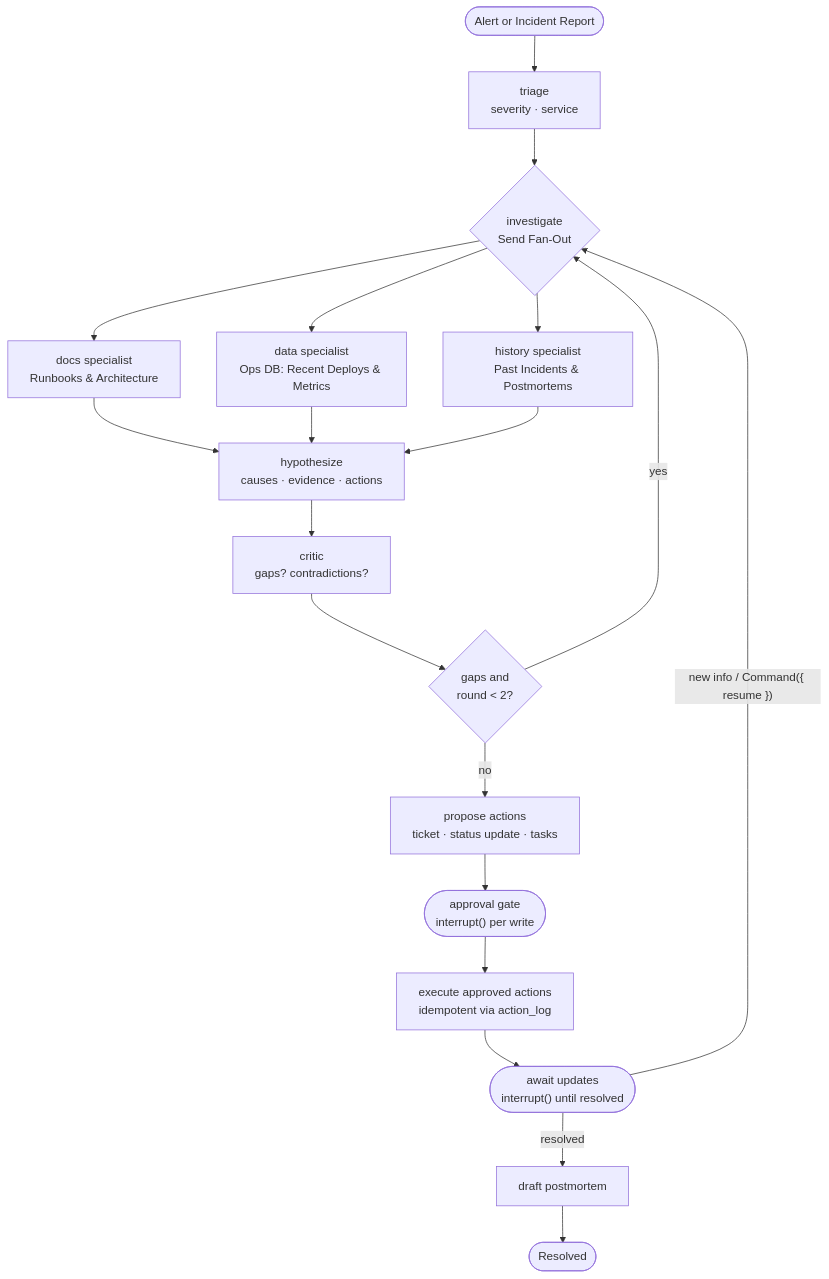
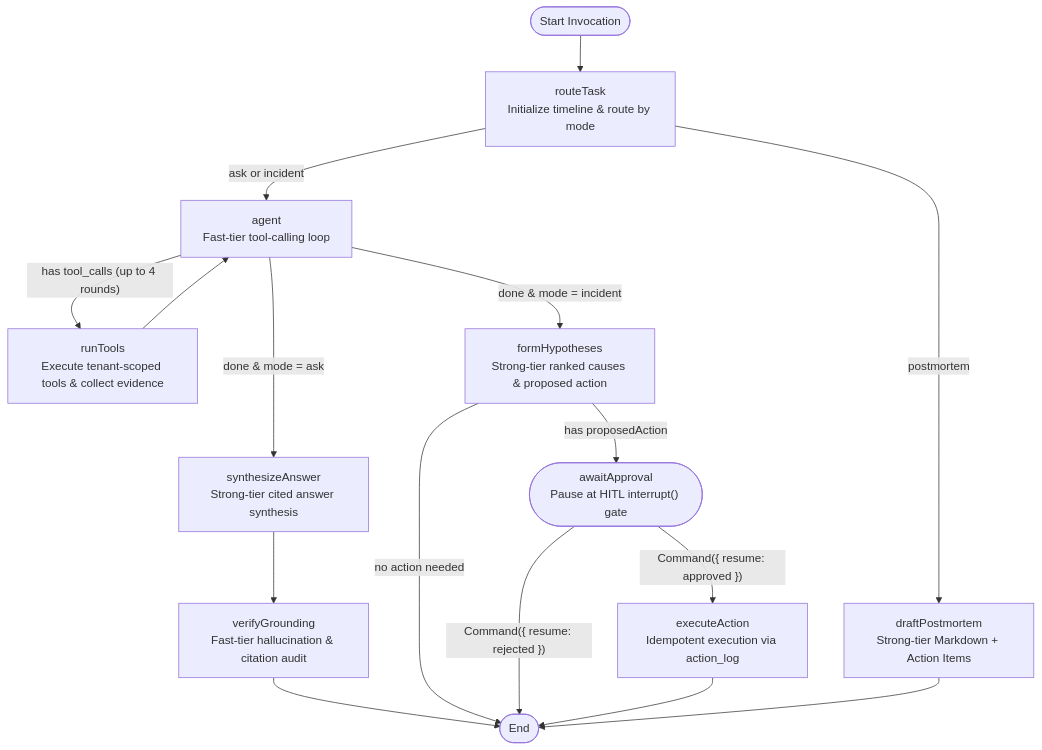
Before and after one commit to imramkrishna/Vigil: the second of 2 diagrams in README.md, drawn with Mermaid. The commit also changed other lines of this file and 2 other files, not shown here.

````diff
--- a/README.md
+++ b/README.md
@@ -93,27 +55,18 @@
 ```mermaid
-graph TD
-    Start(["Alert or Incident Report"]) --> Triage["triage<br/>severity · service"]
-    Triage --> Investigate{"investigate<br/>Send Fan-Out"}
-    
-    Investigate --> DocsSpec["docs specialist<br/>Runbooks & Architecture"]
-    Investigate --> DataSpec["data specialist<br/>Ops DB: Recent Deploys & Metrics"]
-    Investigate --> HistSpec["history specialist<br/>Past Incidents & Postmortems"]
-    
-    DocsSpec --> Hypothesize["hypothesize<br/>causes · evidence · actions"]
-    DataSpec --> Hypothesize
-    HistSpec --> Hypothesize
-    
-    Hypothesize --> Critic["critic<br/>gaps? contradictions?"]
-    Critic --> CheckLoop{"gaps and<br/>round < 2?"}
-    
-    CheckLoop -- "yes" --> Investigate
-    CheckLoop -- "no" --> Propose["propose actions<br/>ticket · status update · tasks"]
-    
-    Propose --> ApprovalGate(["approval gate<br/>interrupt() per write"])
-    ApprovalGate --> ExecActions["execute approved actions<br/>idempotent via action_log"]
-    
-    ExecActions --> AwaitUpdates(["await updates<br/>interrupt() until resolved"])
-    AwaitUpdates -- "new info / Command({ resume })" --> Investigate
-    AwaitUpdates -- "resolved" --> DraftPM["draft postmortem"]
-    DraftPM --> EndNode(["Resolved"])
+flowchart TD
+    Start(["Start Invocation"]) --> Route["routeTask<br/>Initialize timeline & route by mode"]
+    Route -- "ask or incident" --> Agent["agent<br/>Fast-tier tool-calling loop"]
+    Route -- "postmortem" --> Postmortem["draftPostmortem<br/>Strong-tier Markdown + Action Items"]
+    Agent -- "has tool_calls (up to 4 rounds)" --> Tools["runTools<br/>Execute tenant-scoped tools & collect evidence"]
+    Tools --> Agent
+    Agent -- "done & mode = ask" --> Synthesize["synthesizeAnswer<br/>Strong-tier cited answer synthesis"]
+    Synthesize --> Verify["verifyGrounding<br/>Fast-tier hallucination & citation audit"]
+    Verify --> EndNode(["End"])
+    Agent -- "done & mode = incident" --> Hypotheses["formHypotheses<br/>Strong-tier ranked causes & proposed action"]
+    Hypotheses -- "has proposedAction" --> Approval(["awaitApproval<br/>Pause at HITL interrupt() gate"])
+    Hypotheses -- "no action needed" --> EndNode
+    Approval -- "Command({ resume: approved })" --> Execute["executeAction<br/>Idempotent execution via action_log"]
+    Approval -- "Command({ resume: rejected })" --> EndNode
+    Execute --> EndNode
+    Postmortem --> EndNode
 ```
````
